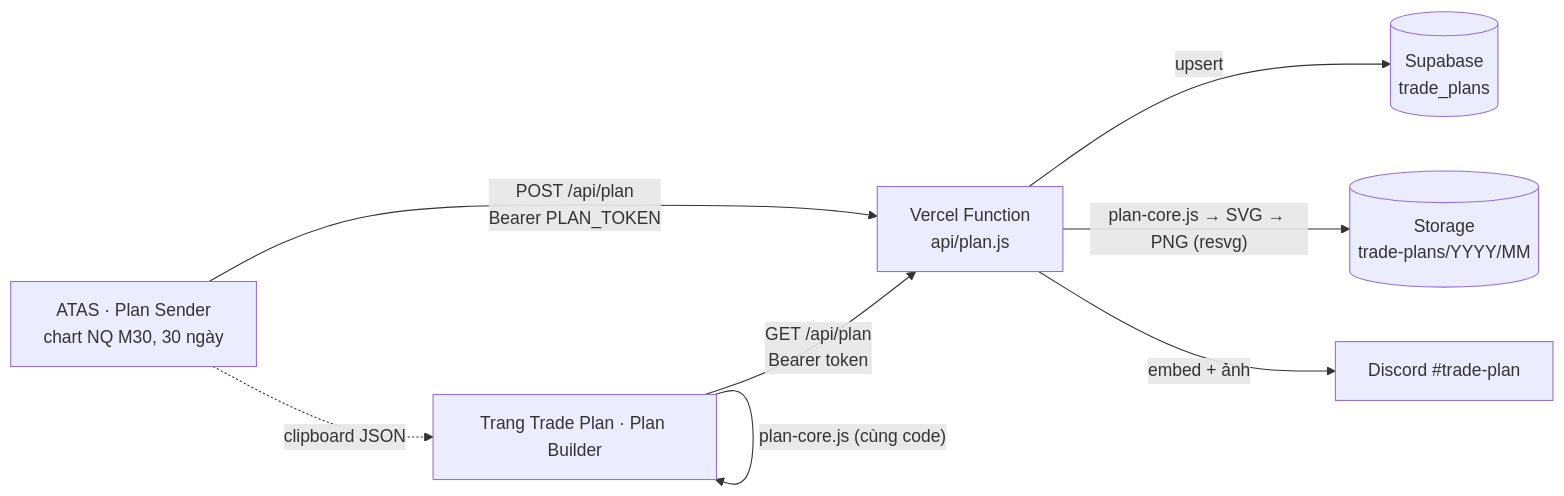
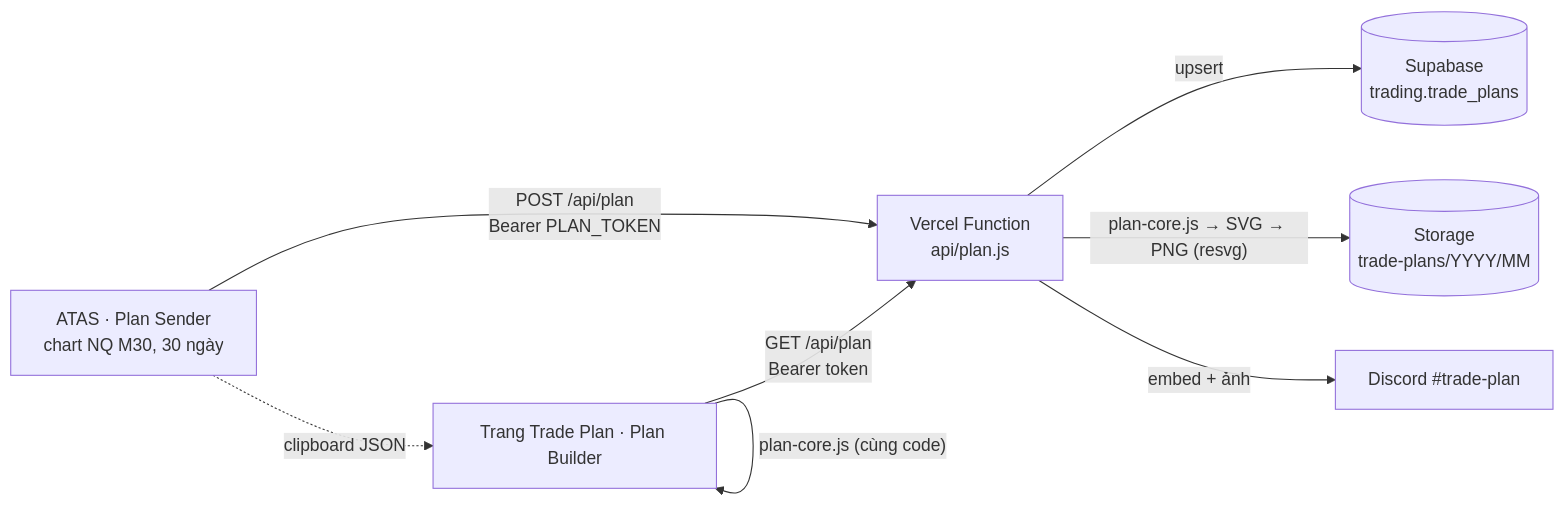
One commit to HiamDeren/orderflow-trading-system changed the diagram in claude/02-kien-truc.md. Above: the diagram before and after it, drawn with Mermaid. The commit also changed 8 other files, not shown here.

First line of the commit message:
Supabase sang Singapore: schema trading / util, id uuid, function sin1

````diff
--- a/claude/02-kien-truc.md
+++ b/claude/02-kien-truc.md
@@ -16,10 +16,10 @@
 ```mermaid
 flowchart LR
   A[ATAS · Plan Sender<br/>chart NQ M30, 30 ngày] -- "POST /api/plan<br/>Bearer PLAN_TOKEN" --> B[Vercel Function<br/>api/plan.js]
   A -. "clipboard JSON" .-> W
-  B -- upsert --> C[(Supabase<br/>trade_plans)]
+  B -- upsert --> C[(Supabase<br/>trading.trade_plans)]
   B -- "plan-core.js → SVG → PNG (resvg)" --> D[(Storage<br/>trade-plans/YYYY/MM)]
   B -- "embed + ảnh" --> E[Discord #trade-plan]
   W[Trang Trade Plan · Plan Builder] -- "GET /api/plan<br/>Bearer token" --> B
   W -- "plan-core.js (cùng code)" --> W
 ```
````
